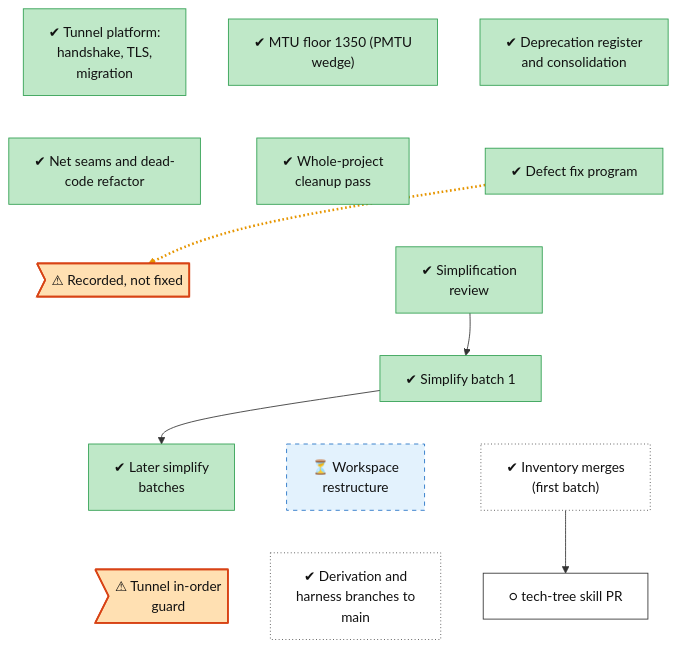
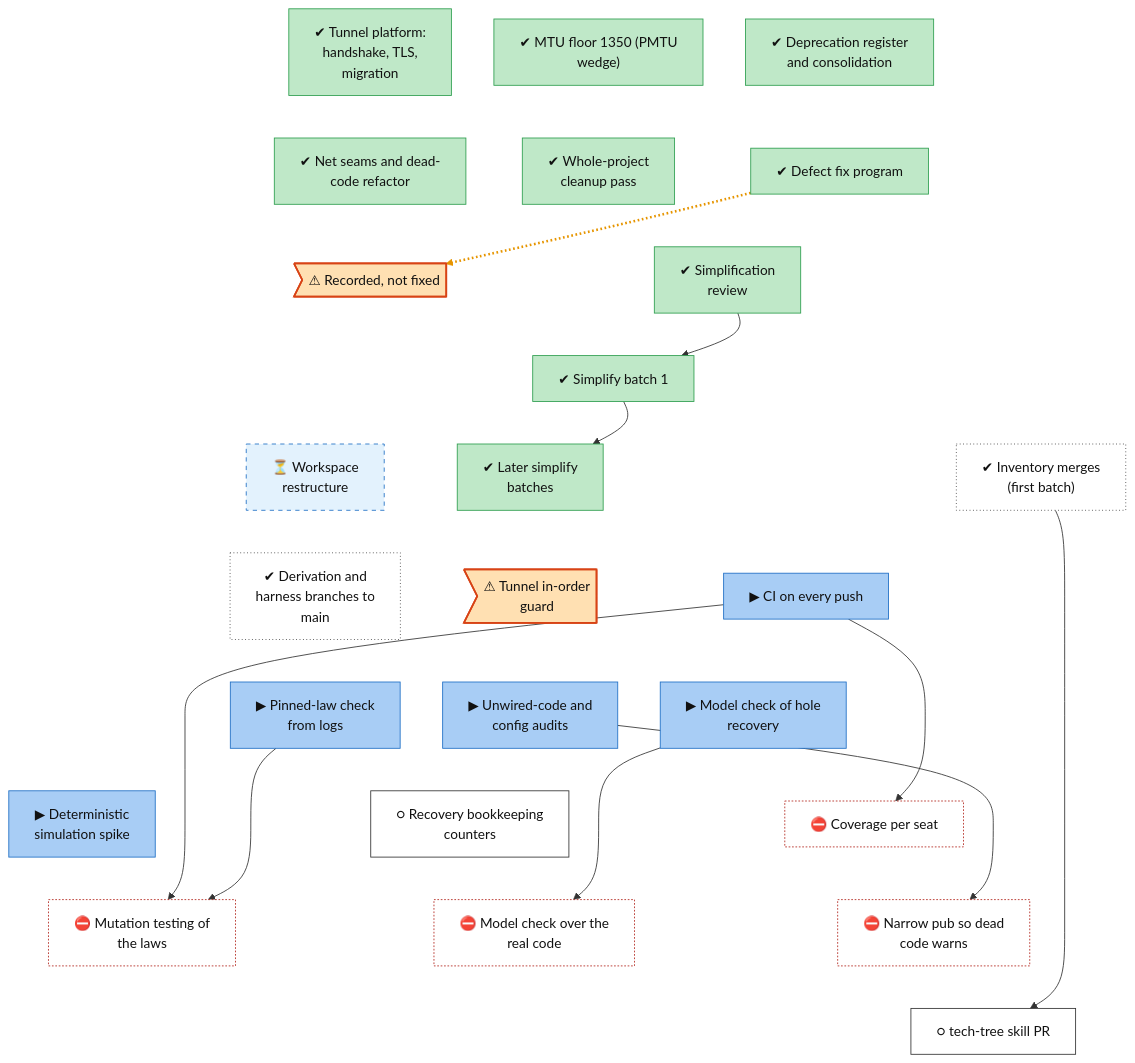
Before and after one commit to lhns/raptorpath: the diagram in docs/roadmap/tracks/infra.md, drawn with Mermaid. The commit also changed other lines of this file and 3 other files, not shown here.

Commit message:
roadmap: test detection plan nodes (S1-S3, S7, simulation spike in progress; counters next; coverage, mutation, real-decision model check, pub narrowing blocked on their prerequisites)

````diff
--- a/docs/roadmap/tracks/infra.md
+++ b/docs/roadmap/tracks/infra.md
@@ -23,6 +23,16 @@
     infra_inventory_merges["✔ Inventory merges<br/>(first batch)"]
     infra_tunnel_inorder_guard>"⚠ Tunnel in-order<br/>guard"]
     infra_derivation_merges["✔ Derivation and<br/>harness branches to<br/>main"]
+    infra_test_ci_gate["▶ CI on every push"]
+    infra_test_static_audits["▶ Unwired-code and<br/>config audits"]
+    infra_test_pinned_law_check["▶ Pinned-law check<br/>from logs"]
+    infra_test_recovery_model["▶ Model check of hole<br/>recovery"]
+    infra_test_sim_spike["▶ Deterministic<br/>simulation spike"]
+    infra_test_recovery_counters["○ Recovery bookkeeping<br/>counters"]
+    infra_test_seat_coverage["⛔ Coverage per seat"]
+    infra_test_mutation["⛔ Mutation testing of<br/>the laws"]
+    infra_test_model_real_decisions["⛔ Model check over the<br/>real code"]
+    infra_test_pub_narrowing["⛔ Narrow pub so dead<br/>code warns"]
     infra_tech_tree_skill["○ tech-tree skill PR"]
     infra_early_platform ~~~ infra_net_seams
     infra_mtu_floor ~~~ infra_cleanup_0927
@@ -37,12 +47,29 @@
     infra_simplify_batch1 ~~~ infra_inventory_merges
     infra_simplify_batch2 ~~~ infra_tunnel_inorder_guard
     infra_restructure ~~~ infra_derivation_merges
-    infra_inventory_merges ~~~ infra_tech_tree_skill
+    infra_inventory_merges ~~~ infra_test_ci_gate
+    infra_tunnel_inorder_guard ~~~ infra_test_static_audits
+    infra_derivation_merges ~~~ infra_test_pinned_law_check
+    infra_test_ci_gate ~~~ infra_test_recovery_model
+    infra_test_static_audits ~~~ infra_test_sim_spike
+    infra_test_pinned_law_check ~~~ infra_test_recovery_counters
+    infra_test_recovery_model ~~~ infra_test_seat_coverage
+    infra_test_sim_spike ~~~ infra_test_mutation
+    infra_test_recovery_counters ~~~ infra_test_model_real_decisions
+    infra_test_seat_coverage ~~~ infra_test_pub_narrowing
+    infra_test_mutation ~~~ infra_tech_tree_skill
+    infra_test_model_real_decisions ~~~ infra_tech_tree_skill
+    infra_test_pub_narrowing ~~~ infra_tech_tree_skill
     infra_fix_program -.-> infra_defect_recorded_not_fixed
     infra_simplify_review --> infra_simplify_batch1
     infra_simplify_batch1 --> infra_simplify_batch2
+    infra_test_ci_gate --> infra_test_seat_coverage
+    infra_test_ci_gate --> infra_test_mutation
+    infra_test_pinned_law_check --> infra_test_mutation
+    infra_test_recovery_model --> infra_test_model_real_decisions
+    infra_test_static_audits --> infra_test_pub_narrowing
     infra_inventory_merges --> infra_tech_tree_skill
-    linkStyle 14 stroke:#e69500,stroke-width:3px,stroke-dasharray:2 3
+    linkStyle 26 stroke:#e69500,stroke-width:3px,stroke-dasharray:2 3
     classDef vsucc fill:#2e9e4f,stroke:#1b6b34,color:#fff
     classDef succ fill:#bfe8c8,stroke:#2e9e4f,color:#111
     classDef mixed fill:#ffd37a,stroke:#c98a00,color:#111
@@ -60,5 +87,7 @@
     class infra_defect_recorded_not_fixed,infra_tunnel_inorder_guard defect
     class infra_restructure waiting
     class infra_inventory_merges,infra_derivation_merges unrated
-    class infra_tech_tree_skill next
+    class infra_test_ci_gate,infra_test_static_audits,infra_test_pinned_law_check,infra_test_recovery_model,infra_test_sim_spike inprog
+    class infra_test_recovery_counters,infra_tech_tree_skill next
+    class infra_test_seat_coverage,infra_test_mutation,infra_test_model_real_decisions,infra_test_pub_narrowing blocked
 ```
````
